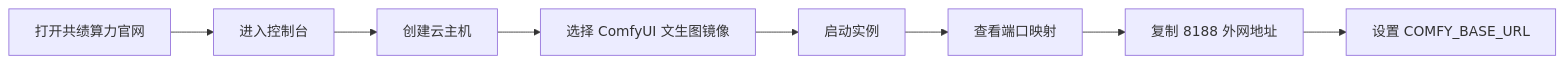
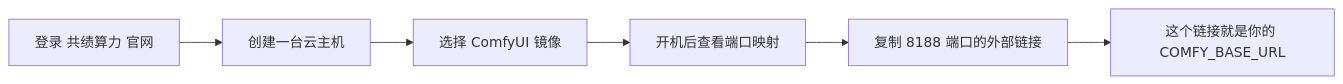
The diagram in README.md (shaozheng0503/gongji-comfyui-feishu-kit), drawn with Mermaid before and after one commit. The commit also changed other lines of this file, not shown here.

````diff
--- a/README.md
+++ b/README.md
@@ -28,10 +47,8 @@
 ```mermaid
 flowchart LR
-    startNode[打开共绩算力官网] --> loginConsole[进入控制台]
-    loginConsole --> createHost[创建云主机]
-    createHost --> chooseImage[选择 ComfyUI 文生图镜像]
-    chooseImage --> startInstance[启动实例]
-    startInstance --> mapPort[查看端口映射]
-    mapPort --> copyEndpoint[复制 8188 外网地址]
-    copyEndpoint --> setEnv[设置 COMFY_BASE_URL]
+    A[登录 共绩算力 官网] --> B[创建一台云主机]
+    B --> C[选择 ComfyUI 镜像]
+    C --> D[开机后查看端口映射]
+    D --> E[复制 8188 端口的外部链接]
+    E --> F[这个链接就是你的 COMFY_BASE_URL]
 ```
````
